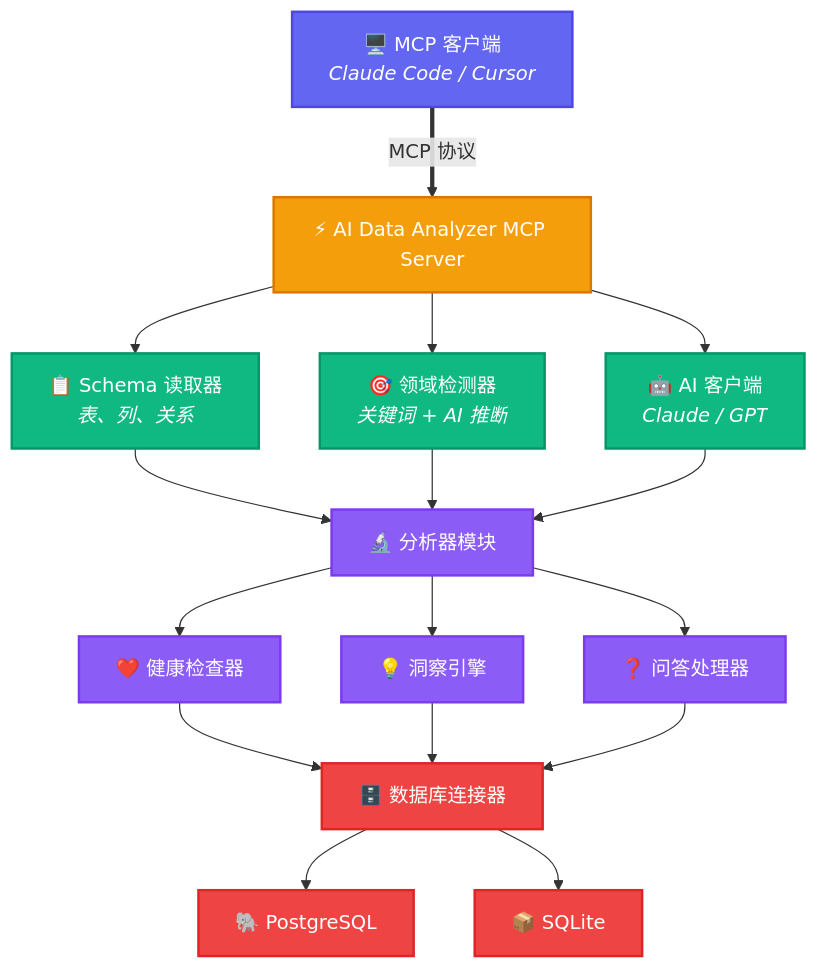
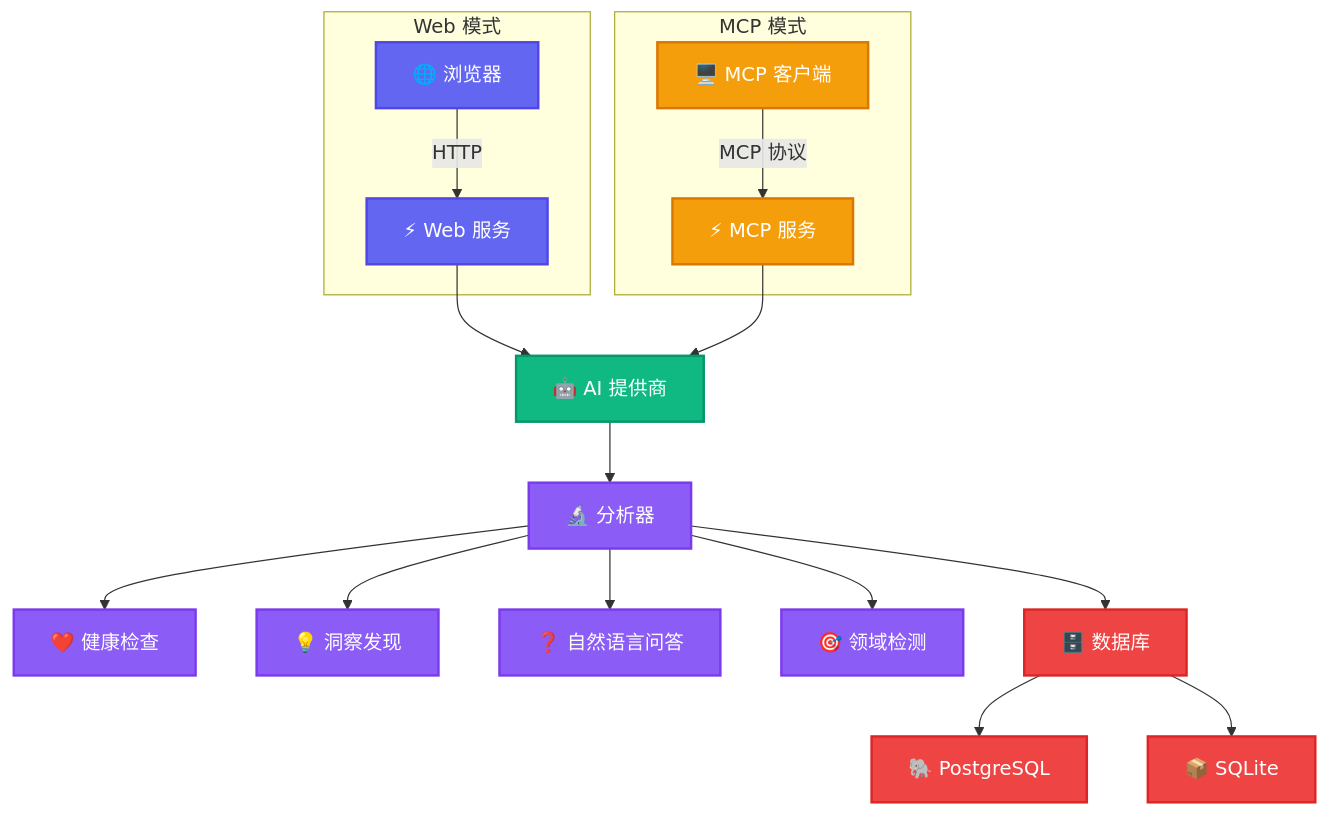
The diagram in README.zh-CN.md (Nemophilistc/ai-data-analyzer-mcp), drawn with Mermaid before and after one commit. The commit also changed other lines of this file and 7 other files, not shown here.

````diff
--- a/README.zh-CN.md
+++ b/README.zh-CN.md
@@ -143,43 +120,31 @@
 ```mermaid
 graph TB
-    Client["🖥️ MCP 客户端<br/><i>Claude Code / Cursor</i>"]
-    Server["⚡ AI Data Analyzer MCP Server"]
-    Schema["📋 Schema 读取器<br/><i>表、列、关系</i>"]
-    Domain["🎯 领域检测器<br/><i>关键词 + AI 推断</i>"]
-    AI["🤖 AI 客户端<br/><i>Claude / GPT</i>"]
-    Analyzers["🔬 分析器模块"]
-    Health["❤️ 健康检查器"]
-    Insight["💡 洞察引擎"]
-    Question["❓ 问答处理器"]
-    DB["🗄️ 数据库连接器"]
-    PG["🐘 PostgreSQL"]
-    SQLite["📦 SQLite"]
+    subgraph "Web 模式"
+        Browser["🌐 浏览器"] -->|"HTTP"| WebServer["⚡ Web 服务"]
+    end
+    subgraph "MCP 模式"
+        MCPClient["🖥️ MCP 客户端"] -->|"MCP 协议"| MCPServer["⚡ MCP 服务"]
+    end
+    WebServer --> AI["🤖 AI 提供商"]
+    MCPServer --> AI
+    AI --> Analyzers["🔬 分析器"]
+    Analyzers --> Health["❤️ 健康检查"]
+    Analyzers --> Insight["💡 洞察发现"]
+    Analyzers --> Question["❓ 自然语言问答"]
+    Analyzers --> Domain["🎯 领域检测"]
+    Analyzers --> DB["🗄️ 数据库"]
+    DB --> PG["🐘 PostgreSQL"]
+    DB --> SQLite["📦 SQLite"]
 
-    Client ==>|"MCP 协议"| Server
-    Server --> Schema
-    Server --> Domain
-    Server --> AI
-    Schema --> Analyzers
-    Domain --> Analyzers
-    AI --> Analyzers
-    Analyzers --> Health
-    Analyzers --> Insight
-    Analyzers --> Question
-    Health --> DB
-    Insight --> DB
-    Question --> DB
-    DB --> PG
-    DB --> SQLite
-
-    classDef client fill:#6366f1,stroke:#4f46e5,color:white,stroke-width:2px
-    classDef server fill:#f59e0b,stroke:#d97706,color:white,stroke-width:2px
-    classDef component fill:#10b981,stroke:#059669,color:white,stroke-width:2px
+    classDef web fill:#6366f1,stroke:#4f46e5,color:white,stroke-width:2px
+    classDef mcp fill:#f59e0b,stroke:#d97706,color:white,stroke-width:2px
+    classDef ai fill:#10b981,stroke:#059669,color:white,stroke-width:2px
     classDef analyzer fill:#8b5cf6,stroke:#7c3aed,color:white,stroke-width:2px
     classDef db fill:#ef4444,stroke:#dc2626,color:white,stroke-width:2px
 
-    class Client client
-    class Server server
-    class Schema,Domain,AI component
-    class Analyzers,Health,Insight,Question analyzer
+    class Browser,WebServer web
+    class MCPClient,MCPServer mcp
+    class AI ai
+    class Analyzers,Health,Insight,Question,Domain analyzer
     class DB,PG,SQLite db
 ```
````
